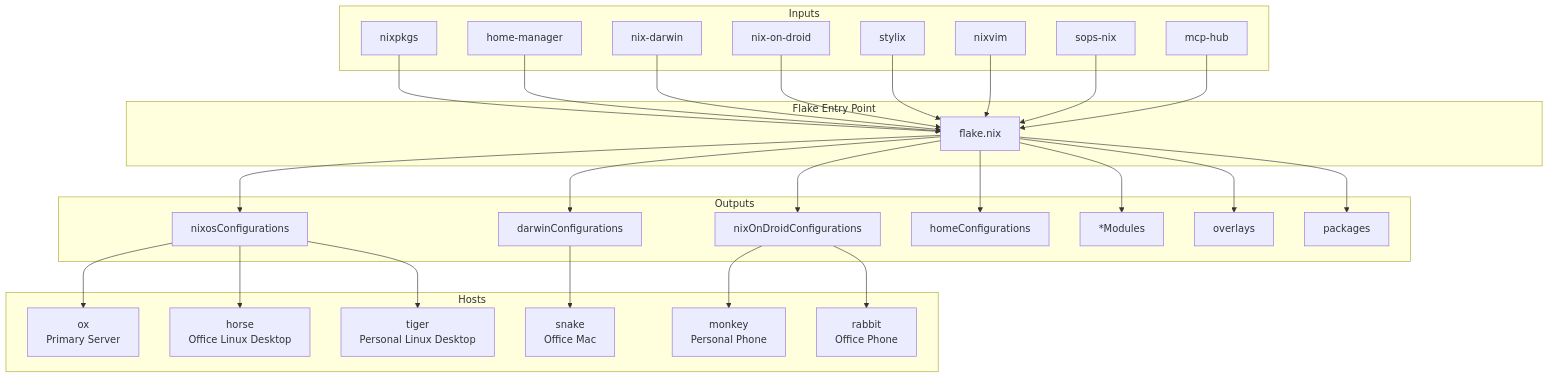
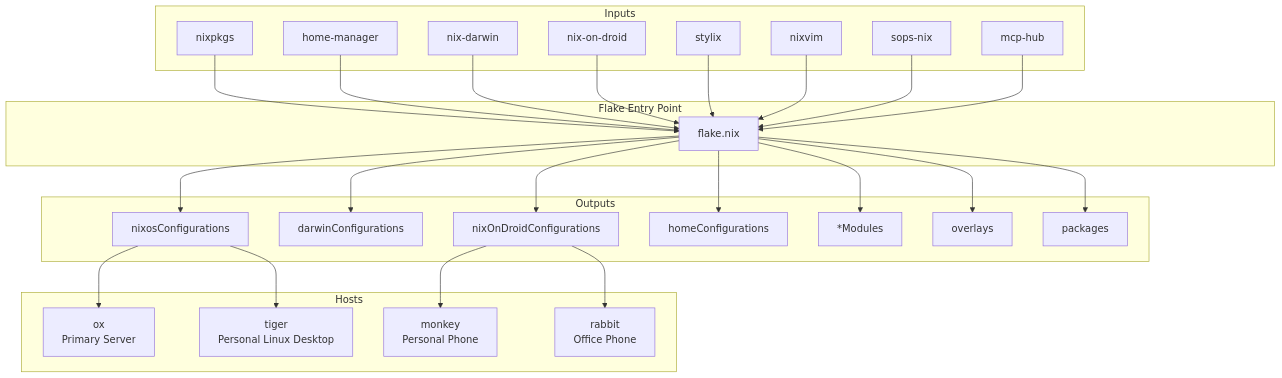
The first of 15 diagrams in docs/ARCHITECTURE.md (idjoo/dotfiles), drawn with Mermaid before and after one commit. The commit also changed other lines of this file and 15 other files, not shown here.

First line of the commit message:
chore: 🔥 remove devoteam work identity and horse/snake hosts

````diff
--- a/docs/ARCHITECTURE.md
+++ b/docs/ARCHITECTURE.md
@@ -21,60 +21,56 @@
 ```mermaid
 graph TB
     subgraph "Flake Entry Point"
         F[flake.nix]
     end
 
     subgraph "Inputs"
         NP[nixpkgs]
         HM[home-manager]
         ND[nix-darwin]
         NOD[nix-on-droid]
         ST[stylix]
         NV[nixvim]
         SOPS[sops-nix]
         MCP[mcp-hub]
     end
 
     subgraph "Outputs"
         NC[nixosConfigurations]
         DC[darwinConfigurations]
         NDC[nixOnDroidConfigurations]
         HC[homeConfigurations]
         MOD[*Modules]
         OV[overlays]
         PKG[packages]
     end
 
     subgraph "Hosts"
         OX[ox<br/>Primary Server]
-        HORSE[horse<br/>Office Linux Desktop]
         TIGER[tiger<br/>Personal Linux Desktop]
-        SNAKE[snake<br/>Office Mac]
         MONKEY[monkey<br/>Personal Phone]
         RABBIT[rabbit<br/>Office Phone]
     end
 
     NP --> F
     HM --> F
     ND --> F
     NOD --> F
     ST --> F
     NV --> F
     SOPS --> F
     MCP --> F
 
     F --> NC
     F --> DC
     F --> NDC
     F --> HC
     F --> MOD
     F --> OV
     F --> PKG
 
     NC --> OX
-    NC --> HORSE
     NC --> TIGER
-    DC --> SNAKE
     NDC --> MONKEY
     NDC --> RABBIT
 ```
````
